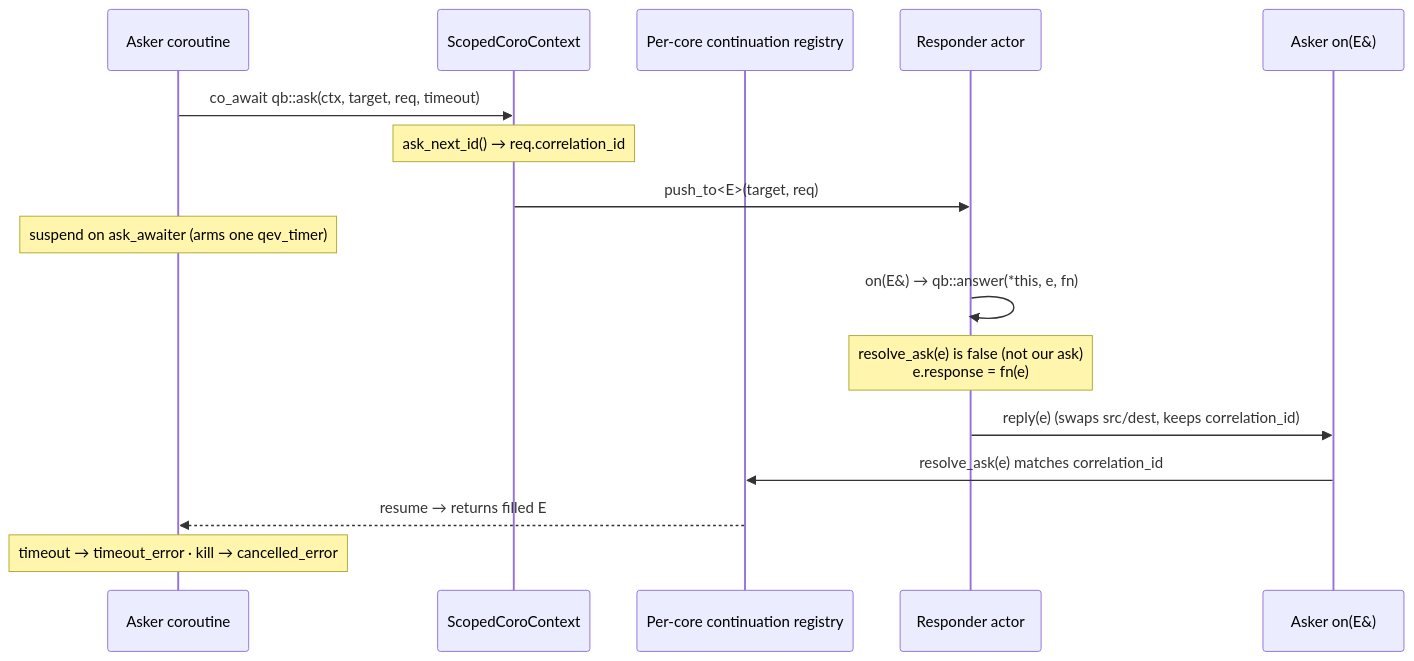
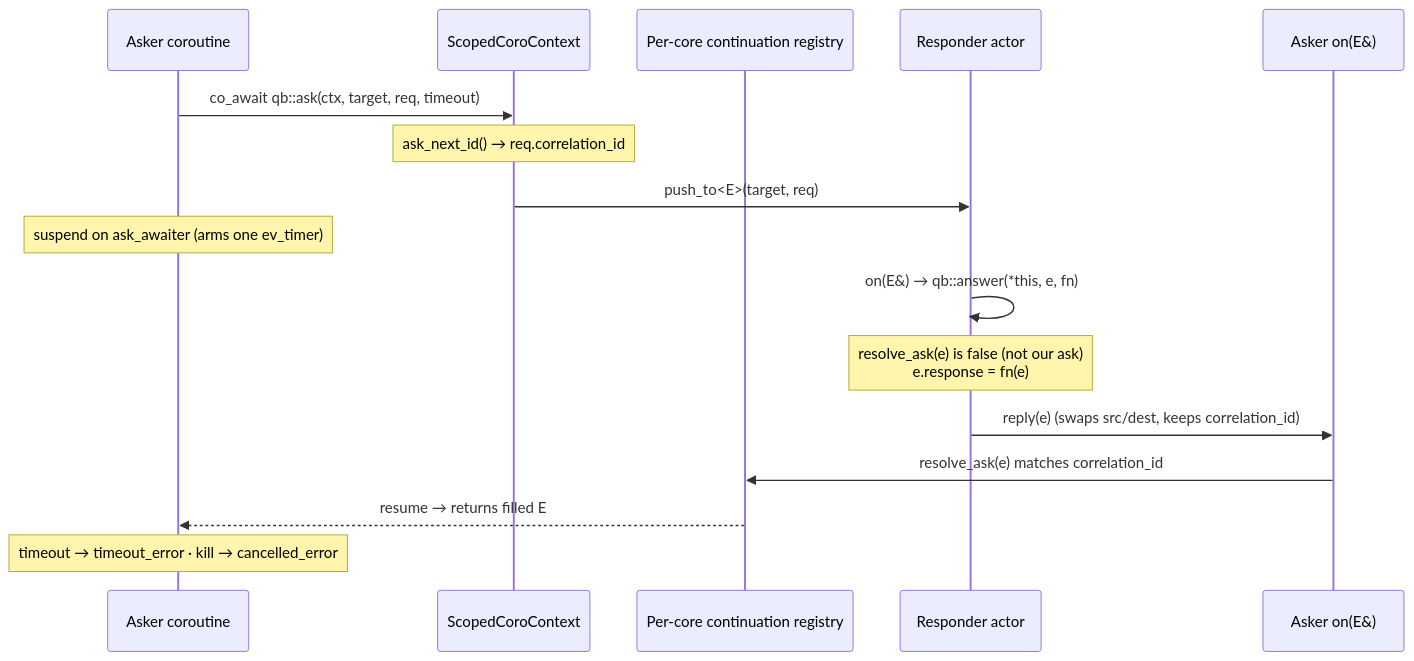
The first of 2 diagrams in readme/4_qb_core/patterns_library.md (isndev/qb), drawn with Mermaid before and after one commit. The commit also changed 93 other files, not shown here.

````diff
--- a/readme/4_qb_core/patterns_library.md
+++ b/readme/4_qb_core/patterns_library.md
@@ -178,19 +178,19 @@
 ```mermaid
 sequenceDiagram
     participant Co as Asker coroutine
     participant Ctx as ScopedCoroContext
     participant Reg as Per-core continuation registry
     participant R as Responder actor
     participant H as Asker on(E&)
 
     Co->>Ctx: co_await qb::ask(ctx, target, req, timeout)
     Note over Ctx: ask_next_id() → req.correlation_id
     Ctx->>R: push_to<E>(target, req)
-    Note over Co: suspend on ask_awaiter (arms one qev_timer)
+    Note over Co: suspend on ask_awaiter (arms one ev_timer)
     R->>R: on(E&) → qb::answer(*this, e, fn)
     Note over R: resolve_ask(e) is false (not our ask)<br/>e.response = fn(e)
     R->>H: reply(e)  (swaps src/dest, keeps correlation_id)
     H->>Reg: resolve_ask(e) matches correlation_id
     Reg-->>Co: resume → returns filled E
     Note over Co: timeout → timeout_error · kill → cancelled_error
 ```
````
